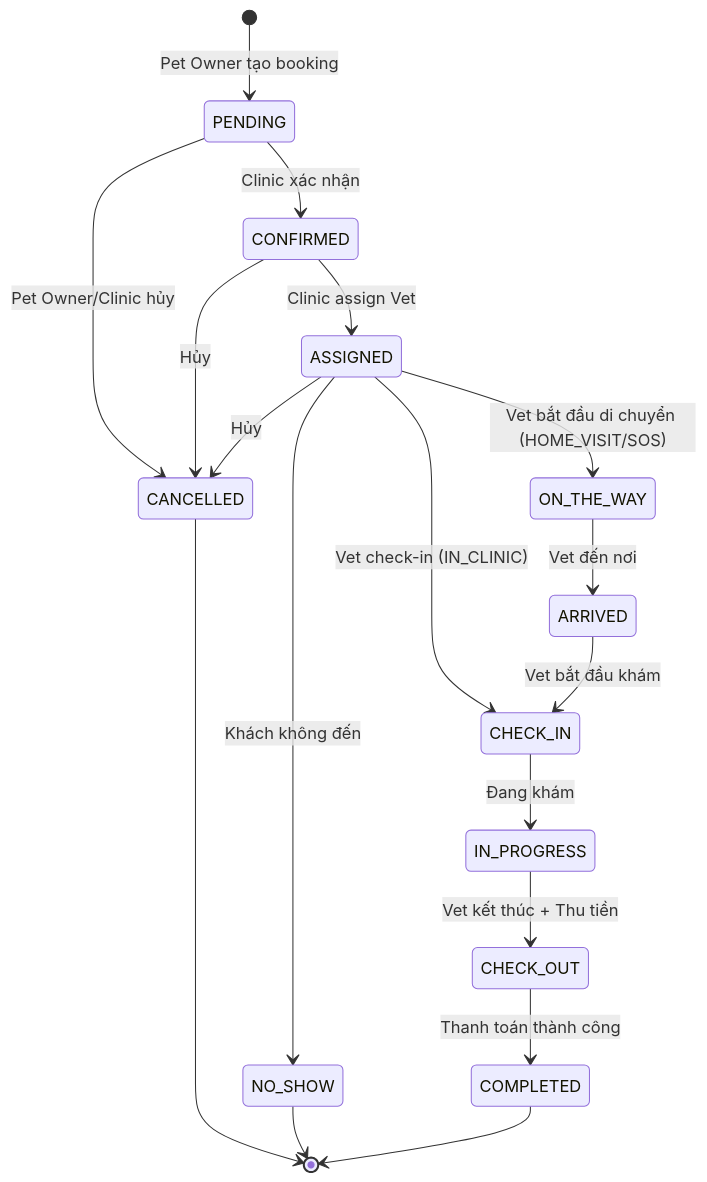
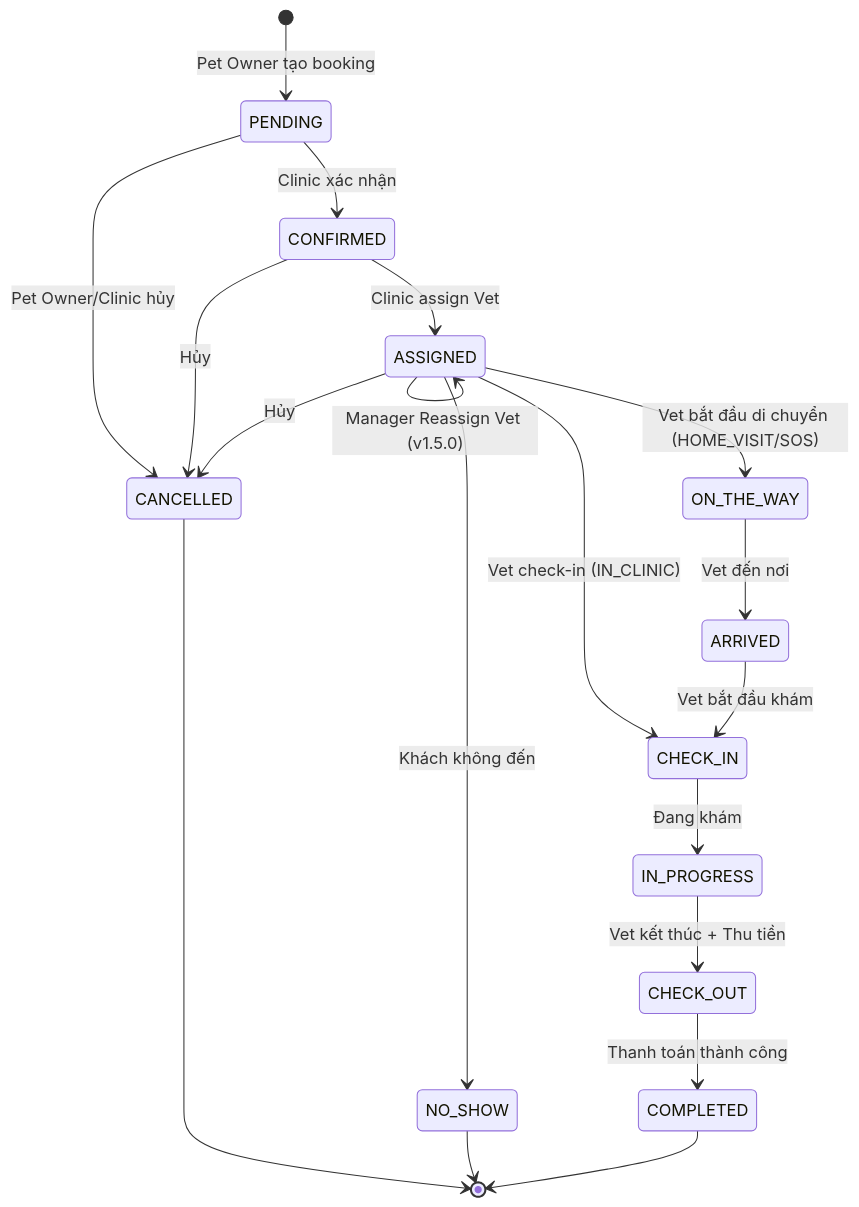
Before and after one commit to espresso23/Petties-Veterinary-Appointment-Booking-Platform: the first of 5 diagrams in docs-references/documentation/BOOKING_WORKFLOW.md, drawn with Mermaid. The commit also changed other lines of this file and 16 other files, not shown here.

````diff
--- a/docs-references/documentation/BOOKING_WORKFLOW.md
+++ b/docs-references/documentation/BOOKING_WORKFLOW.md
@@ -10,29 +10,31 @@
 ```mermaid
 stateDiagram-v2
     [*] --> PENDING: Pet Owner tạo booking
     
     PENDING --> CONFIRMED: Clinic xác nhận
     PENDING --> CANCELLED: Pet Owner/Clinic hủy
     
     CONFIRMED --> ASSIGNED: Clinic assign Vet
     CONFIRMED --> CANCELLED: Hủy
+    
+    ASSIGNED --> ASSIGNED: Manager Reassign Vet (v1.5.0)
     
     ASSIGNED --> CHECK_IN: Vet check-in (IN_CLINIC)
     ASSIGNED --> ON_THE_WAY: Vet bắt đầu di chuyển (HOME_VISIT/SOS)
     ASSIGNED --> NO_SHOW: Khách không đến
     ASSIGNED --> CANCELLED: Hủy
     
     ON_THE_WAY --> ARRIVED: Vet đến nơi
     
     ARRIVED --> CHECK_IN: Vet bắt đầu khám
     
     CHECK_IN --> IN_PROGRESS: Đang khám
     
     IN_PROGRESS --> CHECK_OUT: Vet kết thúc + Thu tiền
     
     CHECK_OUT --> COMPLETED: Thanh toán thành công
     
     CANCELLED --> [*]
     NO_SHOW --> [*]
     COMPLETED --> [*]
 ```
````
